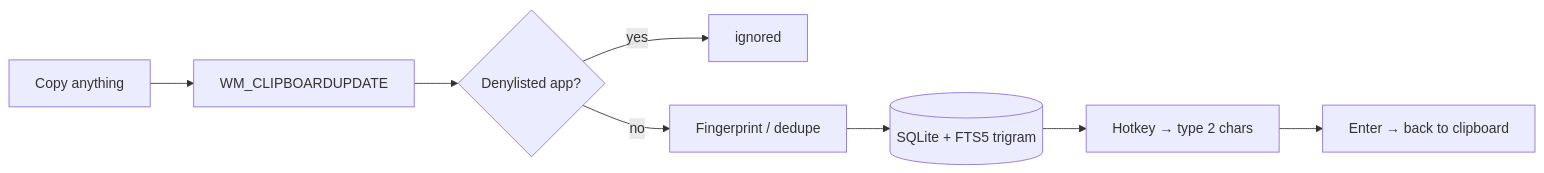
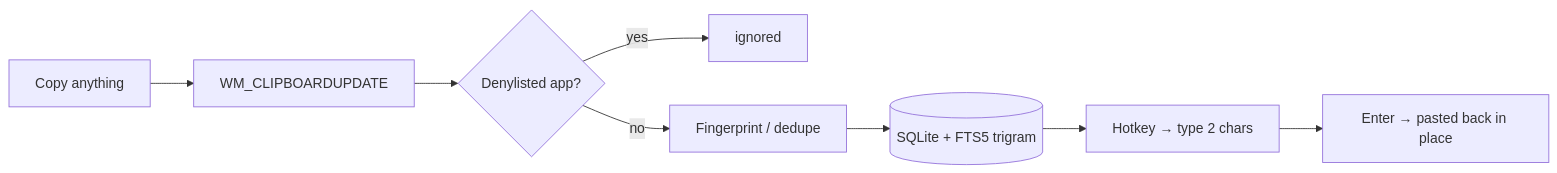
Before and after one commit to mingq360/ClipNest: the diagram in README.md, drawn with Mermaid. The commit also changed other lines of this file and 9 other files, not shown here.

````diff
--- a/README.md
+++ b/README.md
@@ -86,10 +89,10 @@
 ```mermaid
 flowchart LR
     A["Copy anything"] --> B["WM_CLIPBOARDUPDATE"]
     B --> C{"Denylisted app?"}
     C -- yes --> Z["ignored"]
     C -- no --> D["Fingerprint / dedupe"]
     D --> E[("SQLite + FTS5 trigram")]
     E --> F["Hotkey → type 2 chars"]
-    F --> G["Enter → back to clipboard"]
+    F --> G["Enter → pasted back in place"]
 ```
````
